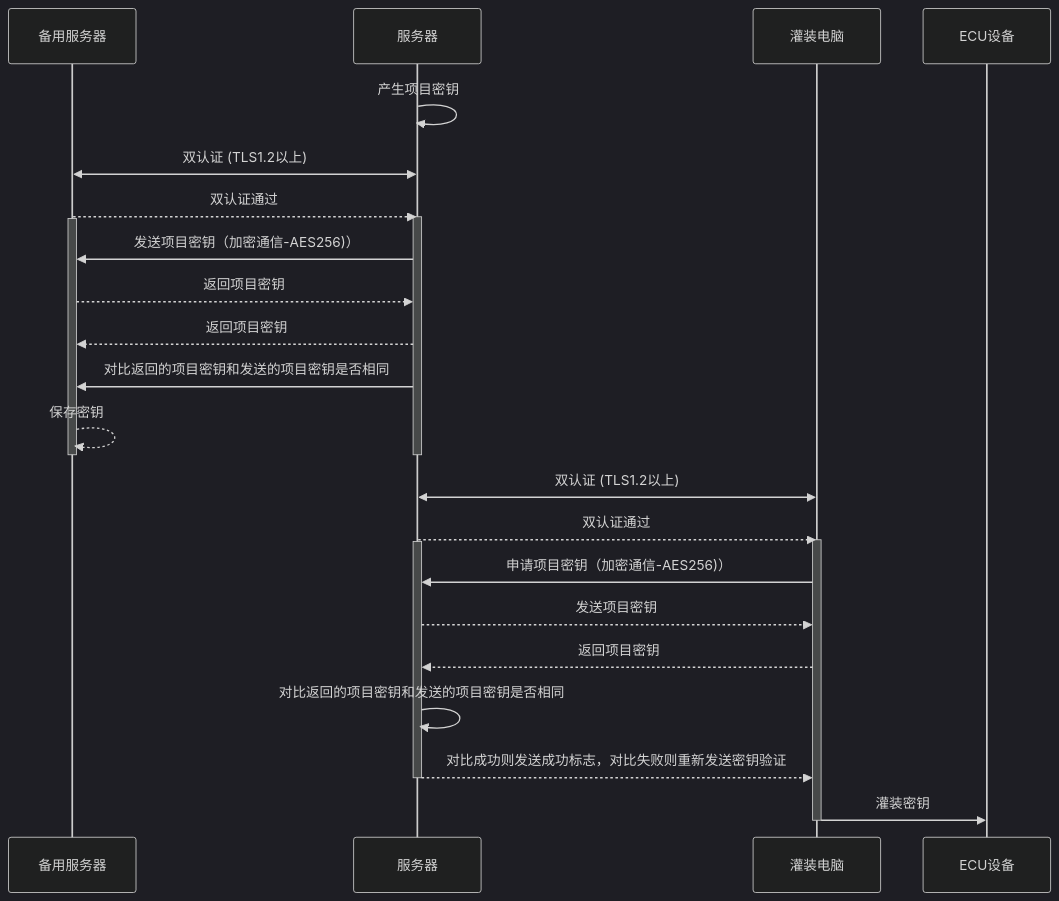
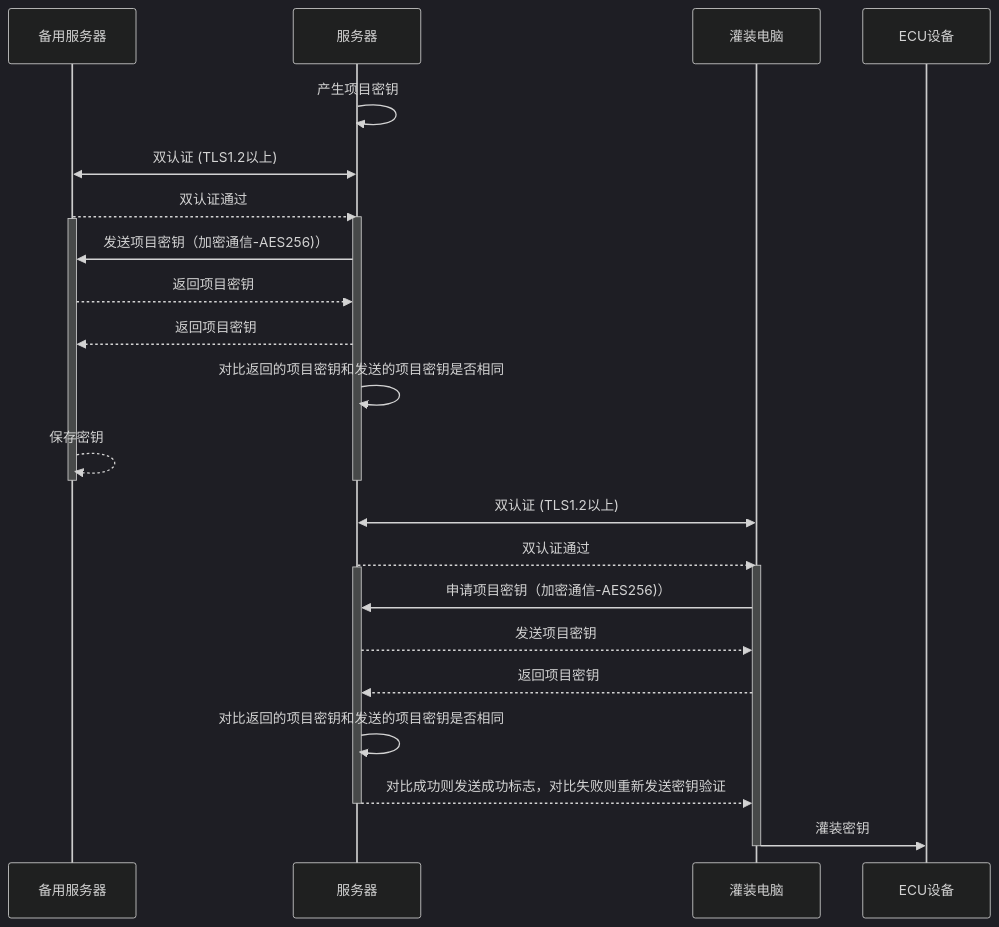
The diagram in all/未命名-10.md (facebook-cloud/iodraw-files), drawn with Mermaid (dark theme) before and after one commit.

Commit message:
2026-01-15 11:28:54 update

````diff
--- a/all/未命名-10.md
+++ b/all/未命名-10.md
@@ -1,34 +1,34 @@
 ```mermaid
 sequenceDiagram
     participant B as 备用服务器
     participant A as 服务器
     participant C as 灌装电脑
     participant D as ECU设备
 
     A->>A: 产生项目密钥
     A<<->>B: 双认证 (TLS1.2以上)
     B-->>A: 双认证通过
     activate A
     activate B
     A->>B: 发送项目密钥（加密通信-AES256)）
     B-->>A: 返回项目密钥
     A-->>B: 返回项目密钥
-    A->>B: 对比返回的项目密钥和发送的项目密钥是否相同
+    A->>A: 对比返回的项目密钥和发送的项目密钥是否相同
     B-->>B: 保存密钥
     deactivate B
     deactivate A
 
     C<<->>A: 双认证 (TLS1.2以上)
     A-->>C: 双认证通过
     activate C
     activate A
     C->>A: 申请项目密钥（加密通信-AES256)）
     A-->>C: 发送项目密钥
     C-->>A: 返回项目密钥
     A->>A: 对比返回的项目密钥和发送的项目密钥是否相同
     A-->>C: 对比成功则发送成功标志，对比失败则重新发送密钥验证
     deactivate A
     C->>D: 灌装密钥
     deactivate C
 
 ```
````
